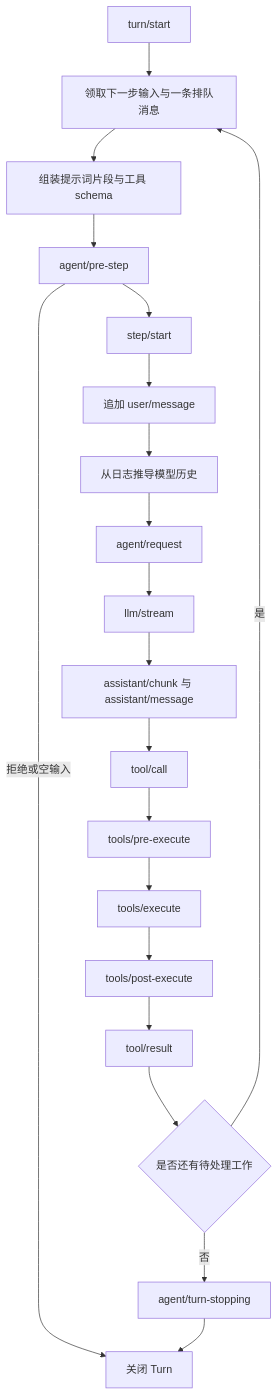
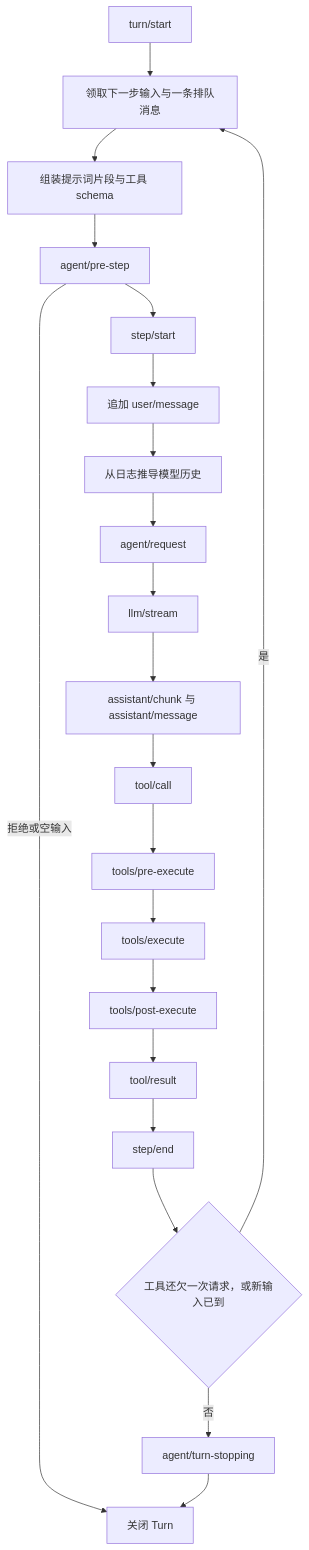
Before and after one commit to haomiaoOnline/DeepSeekHarness_Whitepages: the diagram in docs/03-agent-loop.md, drawn with Mermaid. The commit also changed other lines of this file and 3 other files, not shown here.

```diff
--- a/docs/03-agent-loop.md
+++ b/docs/03-agent-loop.md
@@ -13,22 +13,23 @@
 ~~~mermaid
 flowchart TD
   Start["turn/start"] --> Claim["领取下一步输入与一条排队消息"]
   Claim --> Prompt["组装提示词片段与工具 schema"]
   Prompt --> Pre["agent/pre-step"]
   Pre -->|拒绝或空输入| End["关闭 Turn"]
   Pre --> Step["step/start"]
   Step --> User["追加 user/message"]
   User --> History["从日志推导模型历史"]
   History --> Request["agent/request"]
   Request --> Stream["llm/stream"]
   Stream --> Assistant["assistant/chunk 与 assistant/message"]
   Assistant --> ToolCall["tool/call"]
   ToolCall --> PreTool["tools/pre-execute"]
   PreTool --> Execute["tools/execute"]
   Execute --> PostTool["tools/post-execute"]
   PostTool --> ToolResult["tool/result"]
-  ToolResult --> More{"是否还有待处理工作"}
+  ToolResult --> StepEnd["step/end"]
+  StepEnd --> More{"工具还欠一次请求，或新输入已到"}
   More -->|是| Claim
   More -->|否| Stop["agent/turn-stopping"]
   Stop --> End
 ~~~
```
